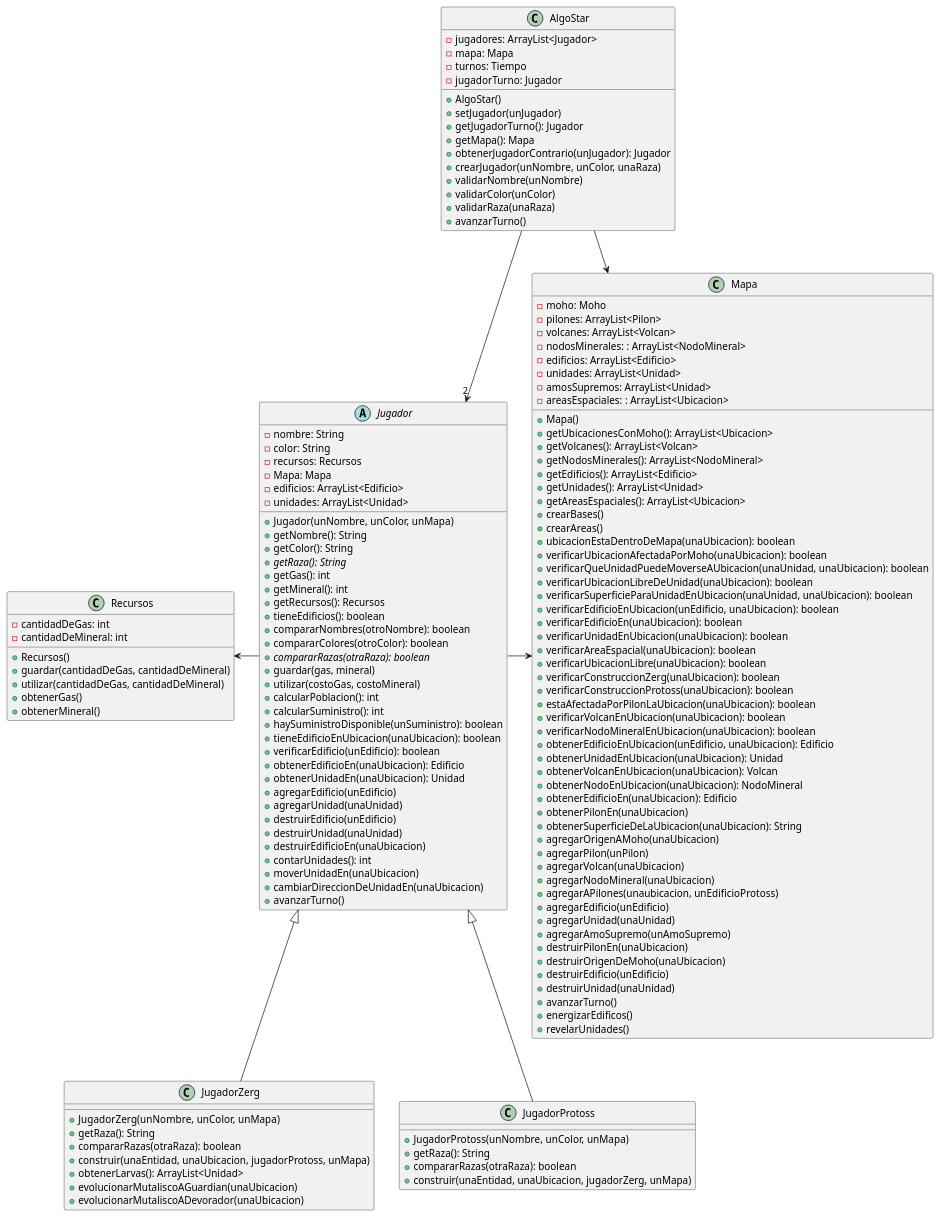
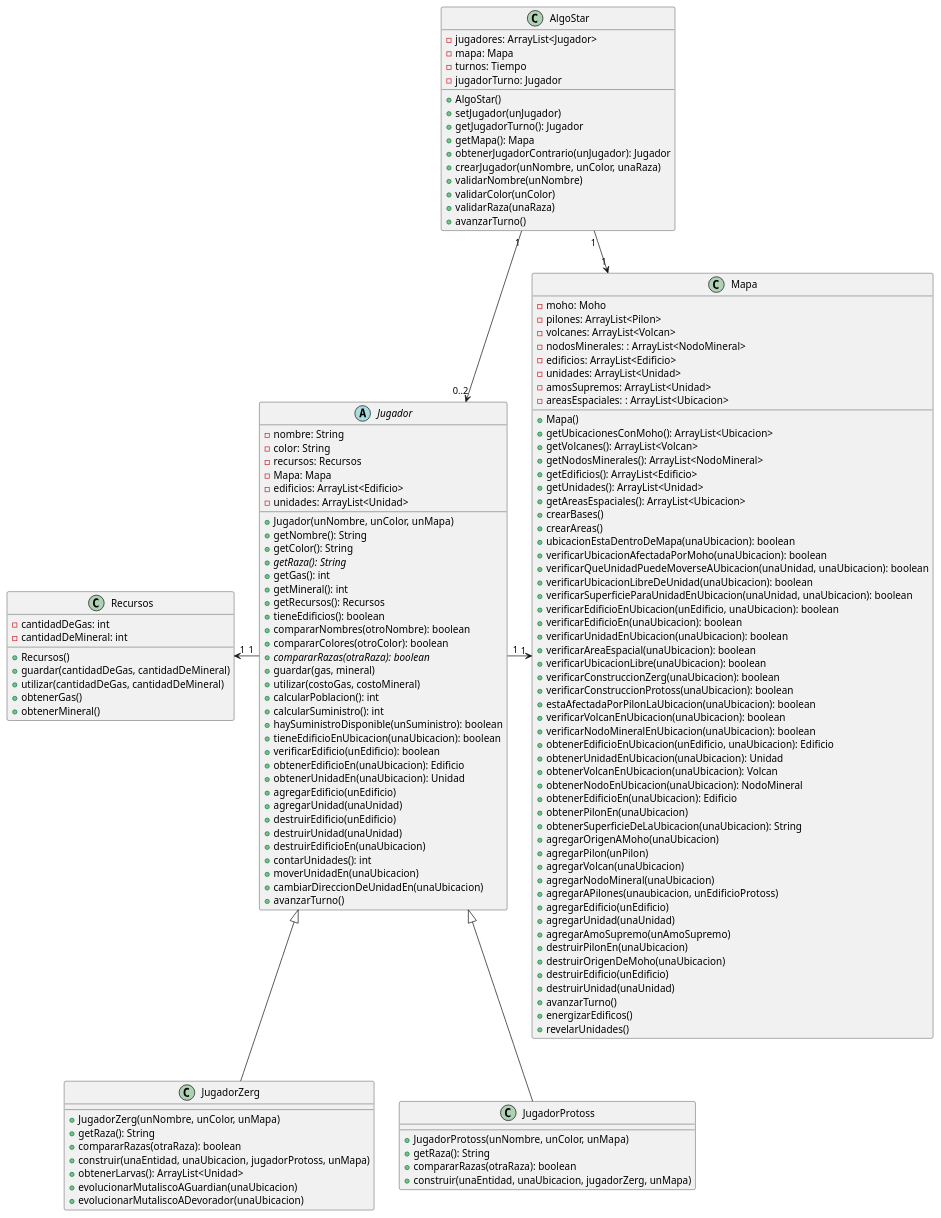
The diagram in diagrams/classes/Diagramas definitivos/AlgoStar.puml (joeldevel/algo3_tp_2), drawn with PlantUML before and after one commit. The commit also changed 6 other files, not shown here.

Commit message:
Diagramas

```diff
--- a/diagrams/classes/Diagramas definitivos/AlgoStar.puml
+++ b/diagrams/classes/Diagramas definitivos/AlgoStar.puml
@@ -1,151 +1,151 @@
 @startuml
 
 class AlgoStar{
     -jugadores: ArrayList<Jugador>
     -mapa: Mapa
     -turnos: Tiempo
     -jugadorTurno: Jugador
     +AlgoStar()
     +setJugador(unJugador)
     +getJugadorTurno(): Jugador
     +getMapa(): Mapa
     +obtenerJugadorContrario(unJugador): Jugador
     +crearJugador(unNombre, unColor, unaRaza)
     +validarNombre(unNombre)
     +validarColor(unColor)
     +validarRaza(unaRaza)
     +avanzarTurno()
 
 }
 
 abstract class Jugador {
     -nombre: String
     -color: String
     -recursos: Recursos
     -Mapa: Mapa
     -edificios: ArrayList<Edificio>
     -unidades: ArrayList<Unidad>
     +Jugador(unNombre, unColor, unMapa)
     +getNombre(): String
     +getColor(): String
     +{abstract} getRaza(): String
     +getGas(): int
     +getMineral(): int
     +getRecursos(): Recursos
     +tieneEdificios(): boolean
     +compararNombres(otroNombre): boolean
     +compararColores(otroColor): boolean
     +{abstract} compararRazas(otraRaza): boolean
     +guardar(gas, mineral)
     +utilizar(costoGas, costoMineral)
     +calcularPoblacion(): int
     +calcularSuministro(): int
     +haySuministroDisponible(unSuministro): boolean
     +tieneEdificioEnUbicacion(unaUbicacion): boolean
     +verificarEdificio(unEdificio): boolean
     +obtenerEdificioEn(unaUbicacion): Edificio
     +obtenerUnidadEn(unaUbicacion): Unidad
     +agregarEdificio(unEdificio)
     +agregarUnidad(unaUnidad)
     +destruirEdificio(unEdificio)
     +destruirUnidad(unaUnidad)
     +destruirEdificioEn(unaUbicacion)
     +contarUnidades(): int
     +moverUnidadEn(unaUbicacion)
     +cambiarDireccionDeUnidadEn(unaUbicacion)
     +avanzarTurno()
 }
 
 class JugadorZerg {
     +JugadorZerg(unNombre, unColor, unMapa)
     +getRaza(): String
     +compararRazas(otraRaza): boolean
     +construir(unaEntidad, unaUbicacion, jugadorProtoss, unMapa)
     +obtenerLarvas(): ArrayList<Unidad>
     +evolucionarMutaliscoAGuardian(unaUbicacion)
     +evolucionarMutaliscoADevorador(unaUbicacion)
 }
 
 class JugadorProtoss {
     +JugadorProtoss(unNombre, unColor, unMapa)
     +getRaza(): String
     +compararRazas(otraRaza): boolean
     +construir(unaEntidad, unaUbicacion, jugadorZerg, unMapa)
 }
 
 class Mapa{
     -moho: Moho
     -pilones: ArrayList<Pilon>
     -volcanes: ArrayList<Volcan>
     -nodosMinerales: : ArrayList<NodoMineral>
     -edificios: ArrayList<Edificio>
     -unidades: ArrayList<Unidad>
     -amosSupremos: ArrayList<Unidad>
     -areasEspaciales: : ArrayList<Ubicacion>
     +Mapa()
     +getUbicacionesConMoho(): ArrayList<Ubicacion>
     +getVolcanes(): ArrayList<Volcan>
     +getNodosMinerales(): ArrayList<NodoMineral>
     +getEdificios(): ArrayList<Edificio>
     +getUnidades(): ArrayList<Unidad>
     +getAreasEspaciales(): ArrayList<Ubicacion>
     +crearBases()
     +crearAreas()
     +ubicacionEstaDentroDeMapa(unaUbicacion): boolean
     +verificarUbicacionAfectadaPorMoho(unaUbicacion): boolean
     +verificarQueUnidadPuedeMoverseAUbicacion(unaUnidad, unaUbicacion): boolean
     +verificarUbicacionLibreDeUnidad(unaUbicacion): boolean
     +verificarSuperficieParaUnidadEnUbicacion(unaUnidad, unaUbicacion): boolean
     +verificarEdificioEnUbicacion(unEdificio, unaUbicacion): boolean
     +verificarEdificioEn(unaUbicacion): boolean
     +verificarUnidadEnUbicacion(unaUbicacion): boolean
     +verificarAreaEspacial(unaUbicacion): boolean
     +verificarUbicacionLibre(unaUbicacion): boolean
     +verificarConstruccionZerg(unaUbicacion): boolean
     +verificarConstruccionProtoss(unaUbicacion): boolean
     +estaAfectadaPorPilonLaUbicacion(unaUbicacion): boolean
     +verificarVolcanEnUbicacion(unaUbicacion): boolean
     +verificarNodoMineralEnUbicacion(unaUbicacion): boolean
     +obtenerEdificioEnUbicacion(unEdificio, unaUbicacion): Edificio
     +obtenerUnidadEnUbicacion(unaUbicacion): Unidad
     +obtenerVolcanEnUbicacion(unaUbicacion): Volcan
     +obtenerNodoEnUbicacion(unaUbicacion): NodoMineral
     +obtenerEdificioEn(unaUbicacion): Edificio
     +obtenerPilonEn(unaUbicacion)
     +obtenerSuperficieDeLaUbicacion(unaUbicacion): String
     +agregarOrigenAMoho(unaUbicacion)
     +agregarPilon(unPilon)
     +agregarVolcan(unaUbicacion)
     +agregarNodoMineral(unaUbicacion)
     +agregarAPilones(unaubicacion, unEdificioProtoss)
     +agregarEdificio(unEdificio)
     +agregarUnidad(unaUnidad)
     +agregarAmoSupremo(unAmoSupremo)
     +destruirPilonEn(unaUbicacion)
     +destruirOrigenDeMoho(unaUbicacion)
     +destruirEdificio(unEdificio)
     +destruirUnidad(unaUnidad)
     +avanzarTurno()
     +energizarEdificos()
     +revelarUnidades()
 }
 
 class Recursos {
     -cantidadDeGas: int
     -cantidadDeMineral: int
     +Recursos()
     +guardar(cantidadDeGas, cantidadDeMineral)
     +utilizar(cantidadDeGas, cantidadDeMineral)
     +obtenerGas()
     +obtenerMineral()
 }
 
-AlgoStar  -down-> "2" Jugador
-AlgoStar -right-> Mapa
+AlgoStar "1" -down-> "0..2" Jugador
+AlgoStar "1" -right-> "1" Mapa
 
-Jugador -> Mapa
-Jugador -left-> Recursos
+Jugador "1" -> "1" Mapa
+Jugador "1" -left-> "1" Recursos
 JugadorProtoss -up-|> Jugador
 JugadorZerg -up-|> Jugador
 
 @enduml
```
